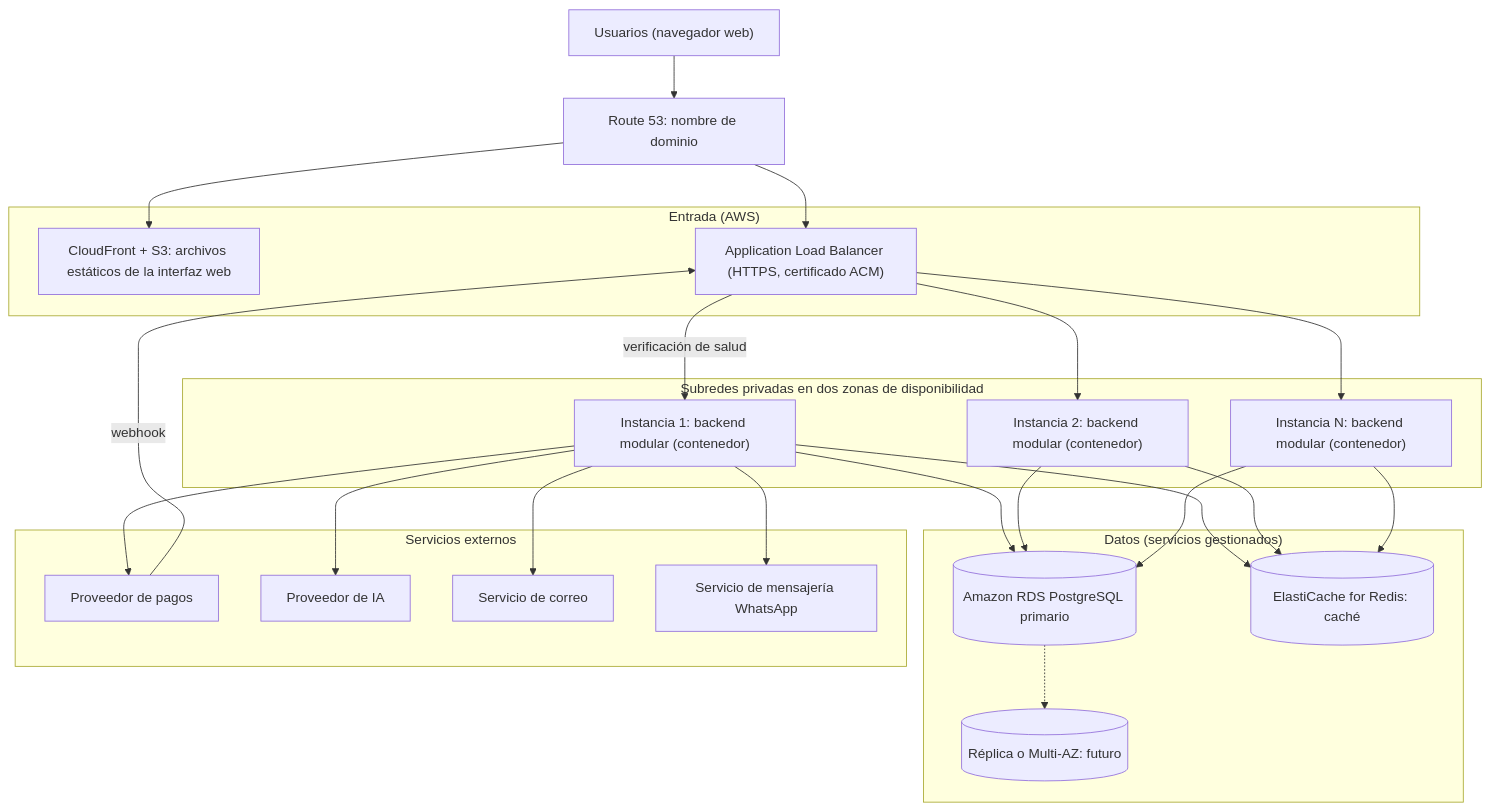
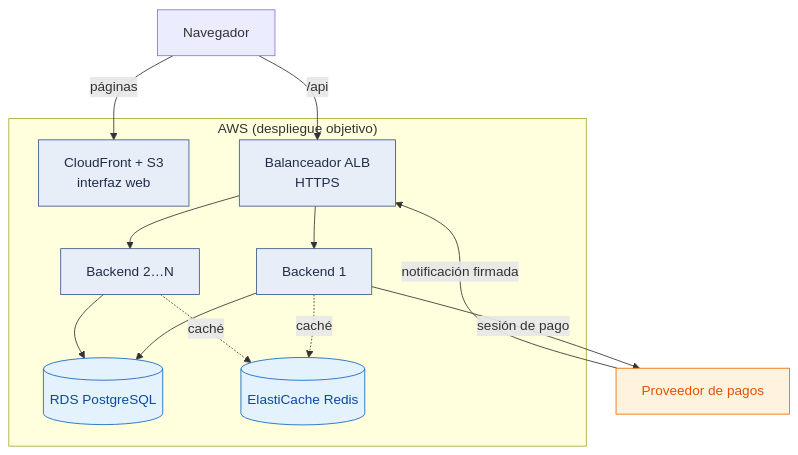
The first of 2 diagrams in docs/02-arquitectura-software/despliegue-y-escalabilidad.md (semcham/proyecto-final-barberia-ayacucho), drawn with Mermaid before and after one commit. The commit also changed other lines of this file and 67 other files, not shown here.

Commit message:
docs: documentación y diagramas coherentes con 001, 002, 003 .... 006

````diff
--- a/docs/02-arquitectura-software/despliegue-y-escalabilidad.md
+++ b/docs/02-arquitectura-software/despliegue-y-escalabilidad.md
@@ -14,43 +16,30 @@
 ```mermaid
 flowchart TB
-    USR["Usuarios (navegador web)"]
-    DNS["Route 53: nombre de dominio"]
-    subgraph EDGE["Entrada (AWS)"]
-        CF["CloudFront + S3: archivos estáticos de la interfaz web"]
-        ALB["Application Load Balancer (HTTPS, certificado ACM)"]
+    USR["Navegador"]
+    PAY["Proveedor de pagos"]
+    subgraph AWS["AWS (despliegue objetivo)"]
+        CDN["CloudFront + S3<br/>interfaz web"]
+        ALB["Balanceador ALB<br/>HTTPS"]
+        I1["Backend 1"]
+        I2["Backend 2…N"]
+        PG[("RDS PostgreSQL")]
+        RD[("ElastiCache Redis")]
     end
-    subgraph AZ["Subredes privadas en dos zonas de disponibilidad"]
-        I1["Instancia 1: backend modular (contenedor)"]
-        I2["Instancia 2: backend modular (contenedor)"]
-        I3["Instancia N: backend modular (contenedor)"]
-    end
-    subgraph DATA["Datos (servicios gestionados)"]
-        PGP[("Amazon RDS PostgreSQL primario")]
-        PGR[("Réplica o Multi-AZ: futuro")]
-        RDS[("ElastiCache for Redis: caché")]
-    end
-    subgraph EXT["Servicios externos"]
-        PAY["Proveedor de pagos"]
-        AI["Proveedor de IA"]
-        MAIL["Servicio de correo"]
-        WA["Servicio de mensajería WhatsApp"]
-    end
-    USR --> DNS
-    DNS --> CF
-    DNS --> ALB
-    ALB -->|"verificación de salud"| I1
+    USR -->|"páginas"| CDN
+    USR -->|"/api"| ALB
+    PAY -->|"notificación firmada"| ALB
+    ALB --> I1
     ALB --> I2
-    ALB --> I3
-    I1 --> PGP
-    I2 --> PGP
-    I3 --> PGP
-    I1 --> RDS
-    I2 --> RDS
-    I3 --> RDS
-    I1 --> PAY
-    I1 --> AI
-    I1 --> MAIL
-    I1 --> WA
-    PAY -->|"webhook"| ALB
-    PGP -.-> PGR
+    I1 --> PG
+    I2 --> PG
+    I1 -.->|"caché"| RD
+    I2 -.->|"caché"| RD
+    I1 -->|"sesión de pago"| PAY
+
+    classDef planificado fill:#e8eef7,stroke:#3b5b8c,color:#1f2d4a
+    classDef datos fill:#e3f2fd,stroke:#1565c0,color:#0d47a1
+    classDef externo fill:#fff3e0,stroke:#ef6c00,color:#e65100
+    class CDN,ALB,I1,I2 planificado
+    class PG,RD datos
+    class PAY externo
 ```
````
